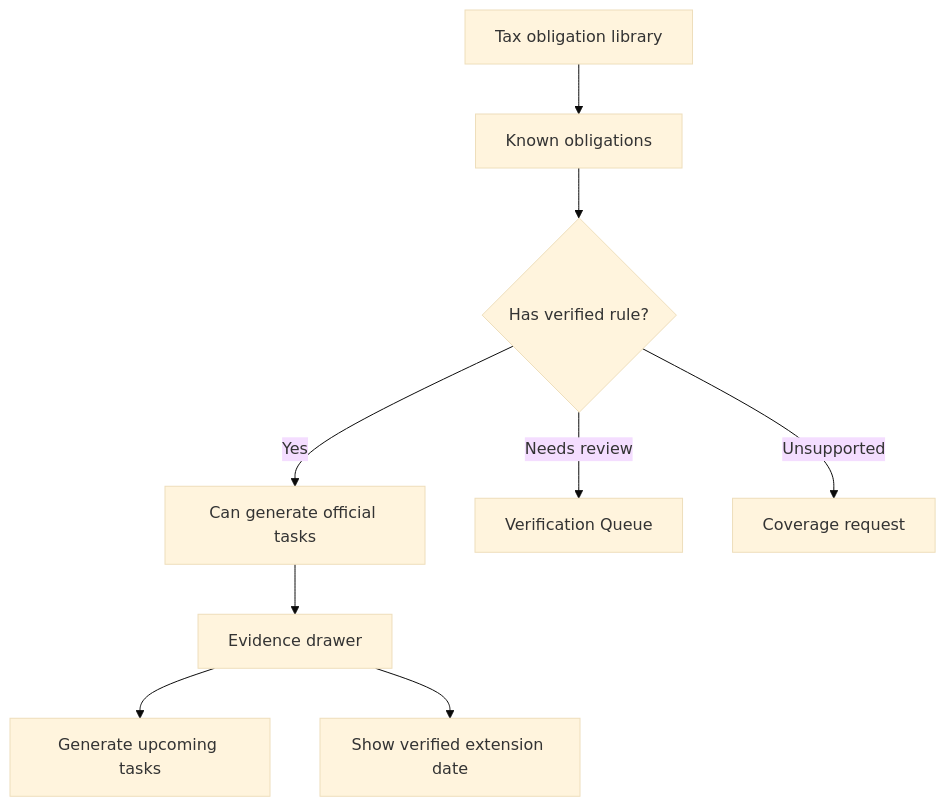
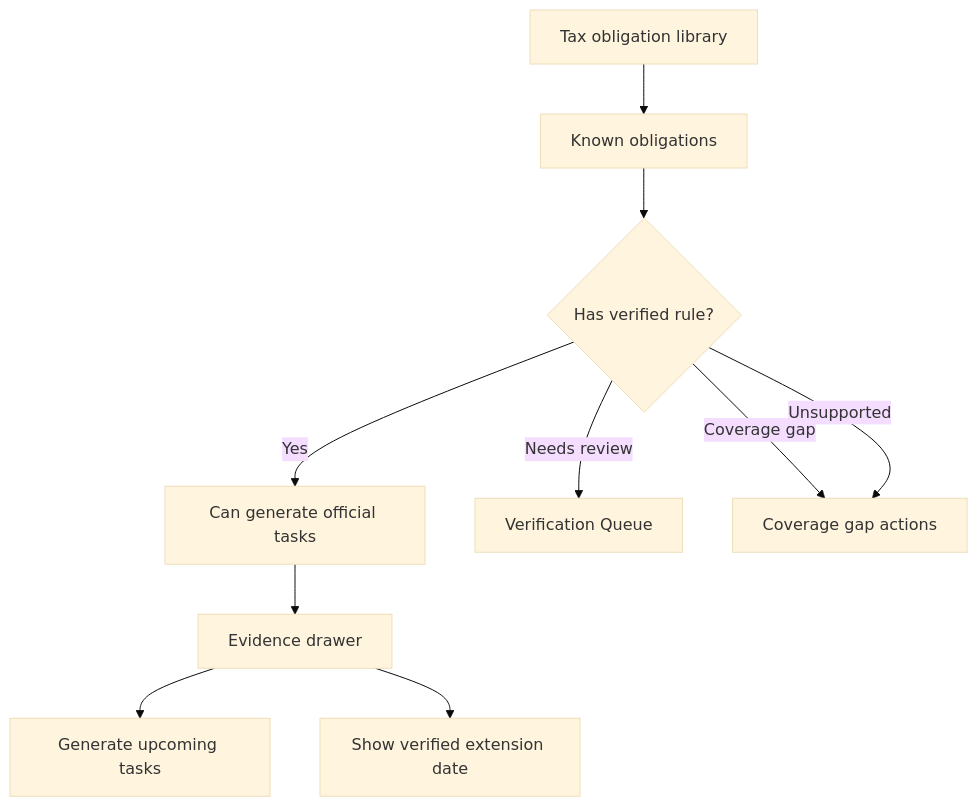
One commit to Yessenia-d/DueDateHQ changed the diagram in specs/tax-obligation-library.md. Above: the diagram before and after it, drawn with Mermaid (base theme). The commit also changed other lines of this file and 26 other files, not shown here.

````diff
--- a/specs/tax-obligation-library.md
+++ b/specs/tax-obligation-library.md
@@ -18,11 +18,12 @@
 ```mermaid
 flowchart TD
   A[Tax obligation library] --> B[Known obligations]
   B --> C{Has verified rule?}
   C -- Yes --> D[Can generate official tasks]
   C -- Needs review --> E[Verification Queue]
-  C -- Unsupported --> F[Coverage request]
+  C -- Coverage gap --> F[Coverage gap actions]
+  C -- Unsupported --> F
   D --> G[Evidence drawer]
   G --> H[Generate upcoming tasks]
   G --> I[Show verified extension date]
 ```
````
